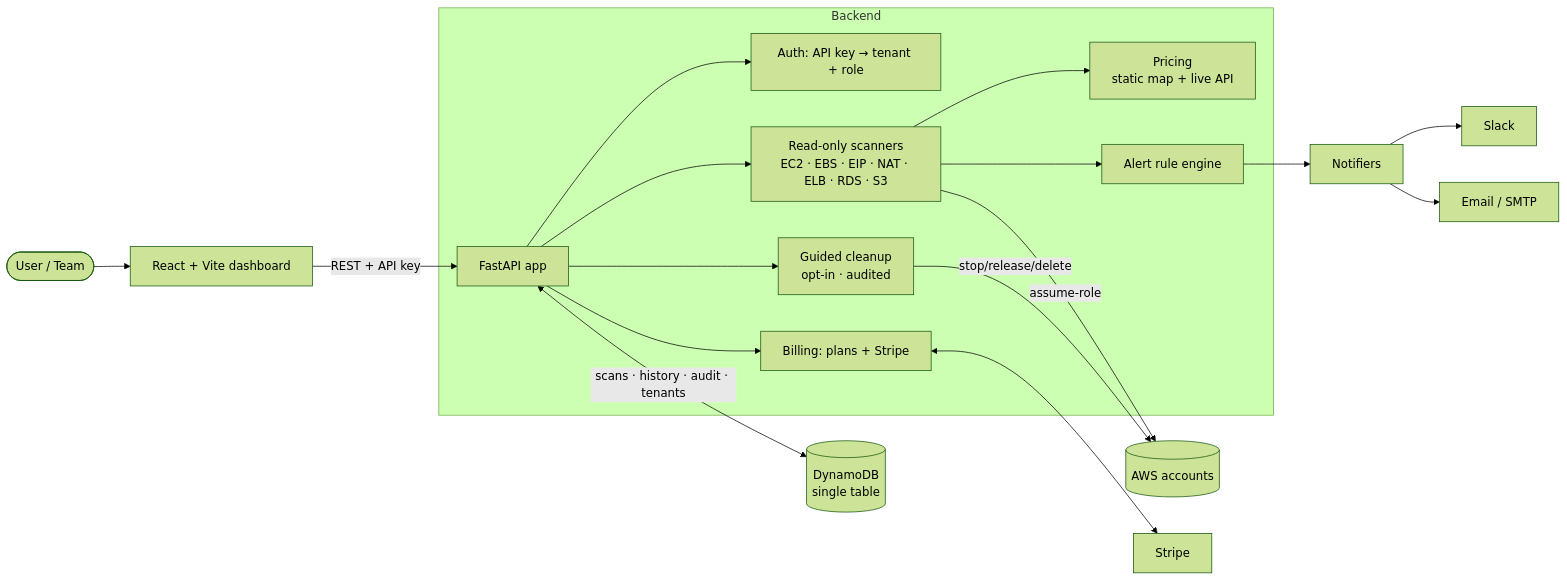
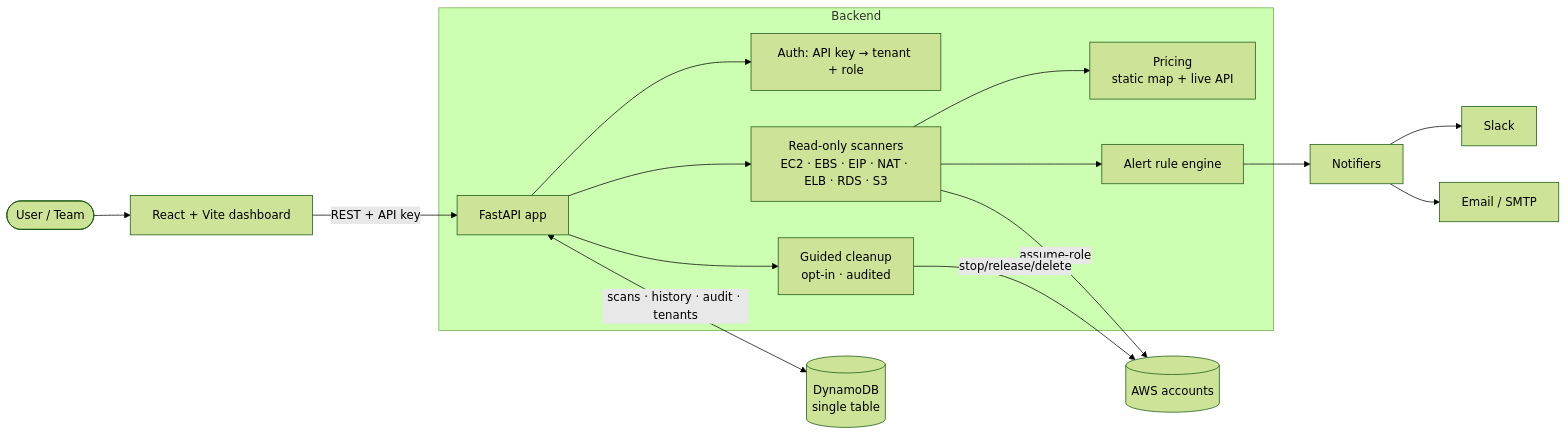
Before and after one commit to jaredf96/shut-it-down-aws: the diagram in README.md, drawn with Mermaid (forest theme). The commit also changed other lines of this file and 15 other files, not shown here.

````diff
--- a/README.md
+++ b/README.md
@@ -54,22 +106,20 @@
 ```mermaid
 flowchart LR
     User([User / Team]) --> FE[React + Vite dashboard]
     FE -- REST + API key --> API[FastAPI app]
 
     subgraph Backend
         API --> Auth[Auth: API key → tenant + role]
         API --> Scanners[Read-only scanners<br/>EC2 · EBS · EIP · NAT · ELB · RDS · S3]
         Scanners --> Pricing[Pricing<br/>static map + live API]
         Scanners --> Alerts[Alert rule engine]
         API --> Cleanup[Guided cleanup<br/>opt-in · audited]
-        API --> Billing[Billing: plans + Stripe]
     end
 
     Scanners -- assume-role --> AWS[(AWS accounts)]
     Cleanup -- stop/release/delete --> AWS
     API <-->|scans · history · audit · tenants| DB[(DynamoDB<br/>single table)]
     Alerts --> Notify[Notifiers]
     Notify --> Slack[Slack]
     Notify --> Email[Email / SMTP]
-    Billing <--> Stripe[Stripe]
 ```
````
